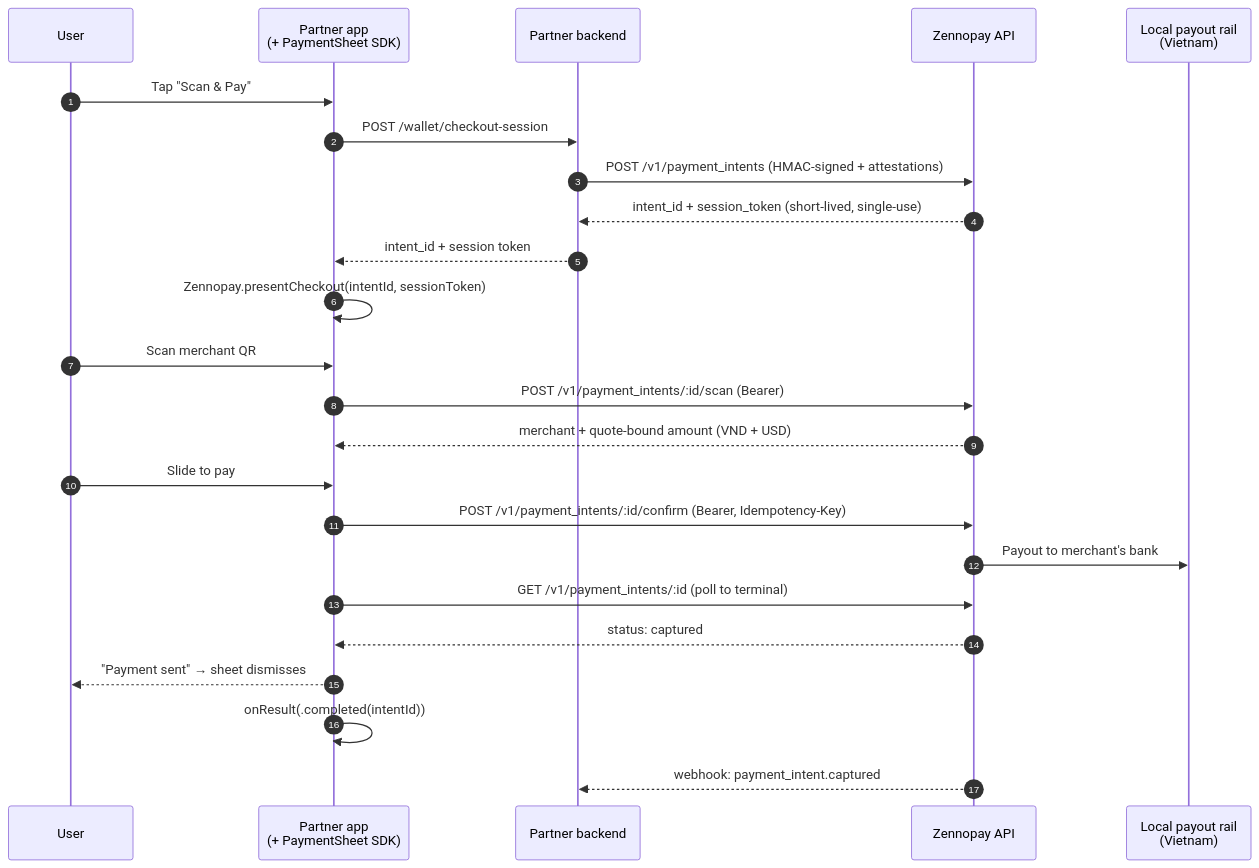
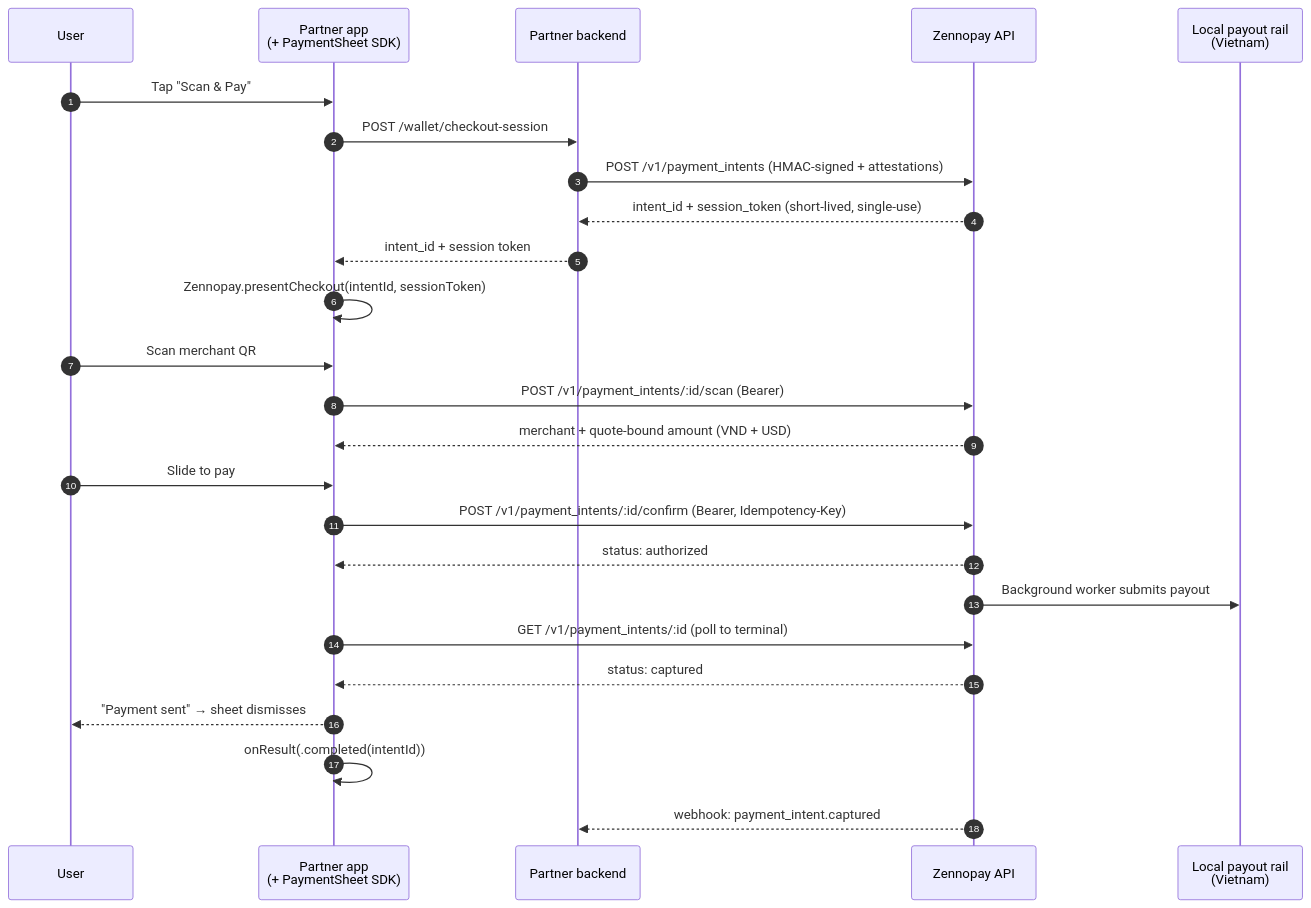
The diagram in payments/overview.mdx (Zennopay/zennopay-docs), drawn with Mermaid before and after one commit. The commit also changed other lines of this file and 28 other files, not shown here.

````diff
--- a/payments/overview.mdx
+++ b/payments/overview.mdx
@@ -76,27 +76,28 @@
 ```mermaid
 sequenceDiagram
     autonumber
     participant U as User
     participant App as Partner app<br/>(+ PaymentSheet SDK)
     participant BE as Partner backend
     participant ZP as Zennopay API
     participant Rail as Local payout rail<br/>(Vietnam)
 
     U->>App: Tap "Scan & Pay"
     App->>BE: POST /wallet/checkout-session
     BE->>ZP: POST /v1/payment_intents (HMAC-signed + attestations)
     ZP-->>BE: intent_id + session_token (short-lived, single-use)
     BE-->>App: intent_id + session token
     App->>App: Zennopay.presentCheckout(intentId, sessionToken)
     U->>App: Scan merchant QR
     App->>ZP: POST /v1/payment_intents/:id/scan (Bearer)
     ZP-->>App: merchant + quote-bound amount (VND + USD)
     U->>App: Slide to pay
     App->>ZP: POST /v1/payment_intents/:id/confirm (Bearer, Idempotency-Key)
-    ZP->>Rail: Payout to merchant's bank
+    ZP-->>App: status: authorized
+    ZP->>Rail: Background worker submits payout
     App->>ZP: GET /v1/payment_intents/:id (poll to terminal)
     ZP-->>App: status: captured
     App-->>U: "Payment sent" → sheet dismisses
     App->>App: onResult(.completed(intentId))
     ZP-->>BE: webhook: payment_intent.captured
 ```
````
